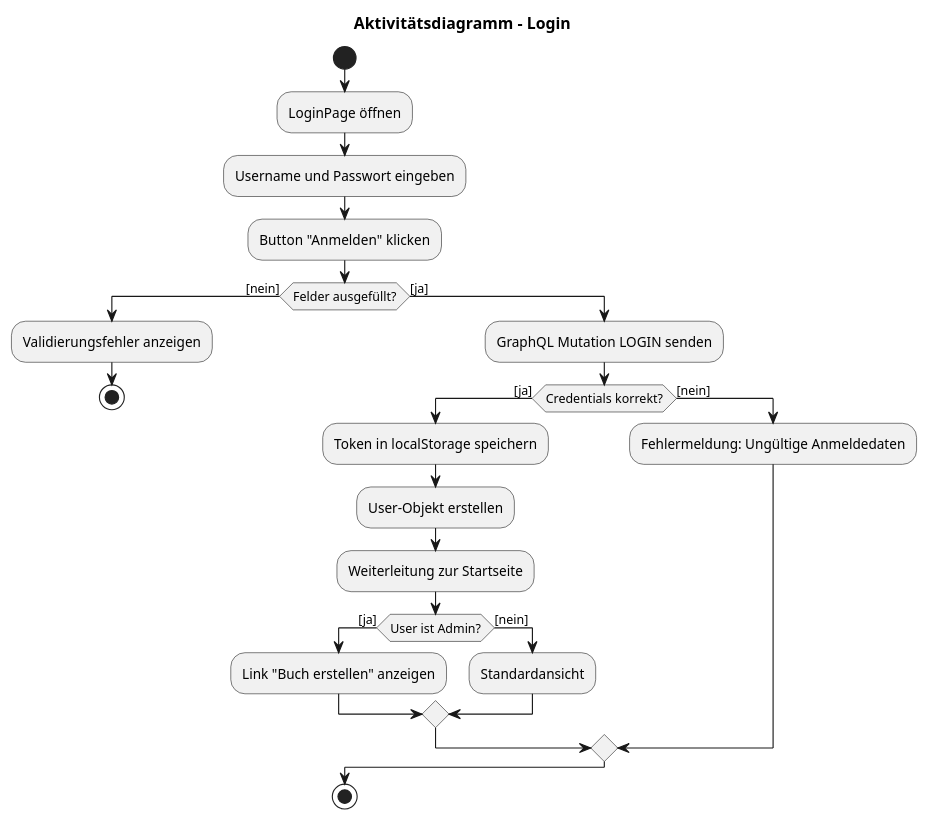
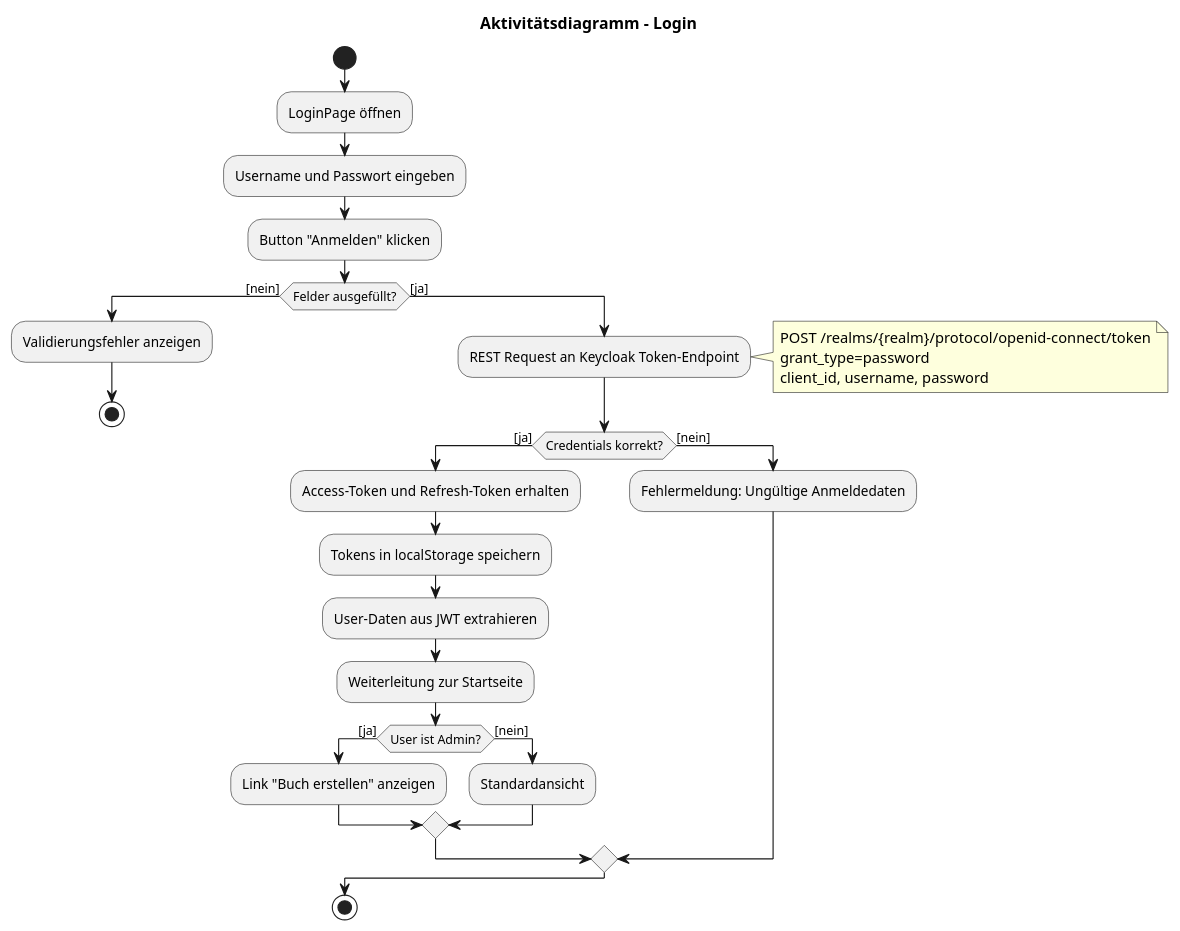
Before and after one commit to plappe/swe-react-frontend: the diagram in docs/diagrams/aktivitaet-login.puml, drawn with PlantUML. The commit also changed 1 other file, not shown here.

```diff
--- a/docs/diagrams/aktivitaet-login.puml
+++ b/docs/diagrams/aktivitaet-login.puml
@@ -1,35 +1,41 @@
 @startuml Aktivitätsdiagramm Login
 
 title Aktivitätsdiagramm - Login
 
 start
 
 :LoginPage öffnen;
 :Username und Passwort eingeben;
 :Button "Anmelden" klicken;
 
 if (Felder ausgefüllt?) then ([nein])
   :Validierungsfehler anzeigen;
   stop
 else ([ja])
-  :GraphQL Mutation LOGIN senden;
+  :REST Request an Keycloak Token-Endpoint;
+  note right
+    POST /realms/{realm}/protocol/openid-connect/token
+    grant_type=password
+    client_id, username, password
+  end note
   
   if (Credentials korrekt?) then ([ja])
-    :Token in localStorage speichern;
-    :User-Objekt erstellen;
+    :Access-Token und Refresh-Token erhalten;
+    :Tokens in localStorage speichern;
+    :User-Daten aus JWT extrahieren;
     :Weiterleitung zur Startseite;
     
     if (User ist Admin?) then ([ja])
       :Link "Buch erstellen" anzeigen;
     else ([nein])
       :Standardansicht;
     endif
     
   else ([nein])
     :Fehlermeldung: Ungültige Anmeldedaten;
   endif
 endif
 
 stop
 
 @enduml
```
